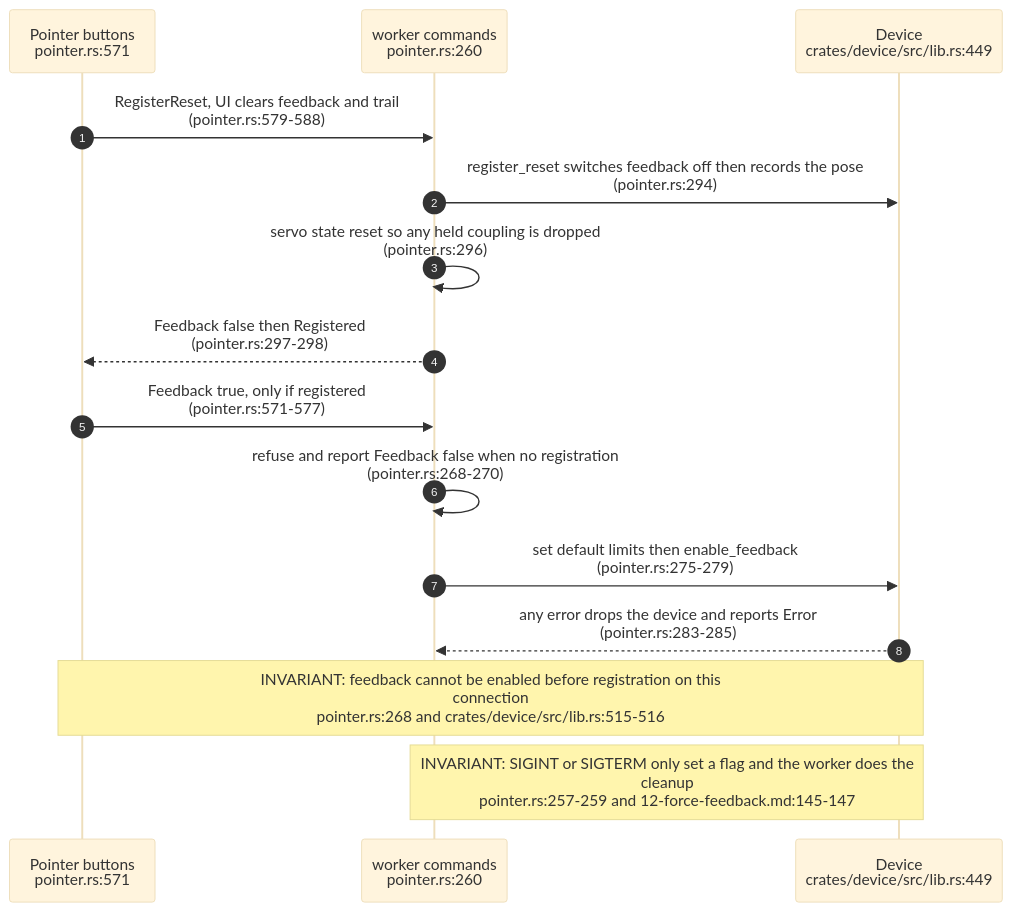
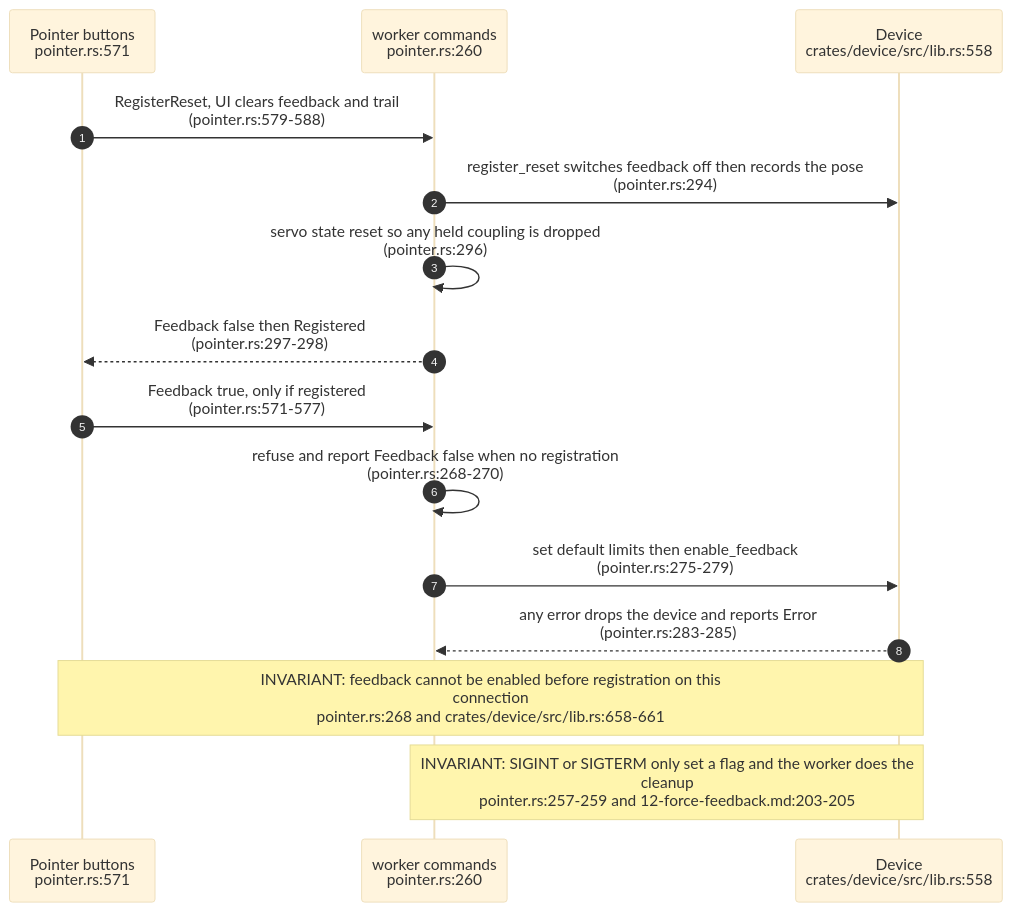
Before and after one commit to DreamLab-AI/VisionFlow: the fifth of 5 diagrams in docs/diagrams/visiontouch-rs/04-mass-lab-servo-rate-coupling.md, drawn with Mermaid (base theme). The commit also changed other lines of this file and 36 other files, not shown here.

First line of the commit message:
docs(diagrams): re-derive and re-stamp agentbox, dream-engine, visioncraft, visiontouch and vowl topics; drop LAN addresses

````diff
--- a/docs/diagrams/visiontouch-rs/04-mass-lab-servo-rate-coupling.md
+++ b/docs/diagrams/visiontouch-rs/04-mass-lab-servo-rate-coupling.md
@@ -144,17 +144,17 @@
 ```mermaid
 sequenceDiagram
     autonumber
     participant UI as Pointer buttons<br/>pointer.rs:571
     participant WK as worker commands<br/>pointer.rs:260
-    participant DV as Device<br/>crates/device/src/lib.rs:449
+    participant DV as Device<br/>crates/device/src/lib.rs:558
     UI->>WK: RegisterReset, UI clears feedback and trail<br/>(pointer.rs:579-588)
     WK->>DV: register_reset switches feedback off then records the pose<br/>(pointer.rs:294)
     WK->>WK: servo state reset so any held coupling is dropped<br/>(pointer.rs:296)
     WK-->>UI: Feedback false then Registered<br/>(pointer.rs:297-298)
     UI->>WK: Feedback true, only if registered<br/>(pointer.rs:571-577)
     WK->>WK: refuse and report Feedback false when no registration<br/>(pointer.rs:268-270)
     WK->>DV: set default limits then enable_feedback<br/>(pointer.rs:275-279)
     DV-->>WK: any error drops the device and reports Error<br/>(pointer.rs:283-285)
-    Note over UI,DV: INVARIANT: feedback cannot be enabled before registration on this<br/>connection<br/>pointer.rs:268 and crates/device/src/lib.rs:515-516
-    Note over WK,DV: INVARIANT: SIGINT or SIGTERM only set a flag and the worker does the<br/>cleanup<br/>pointer.rs:257-259 and 12-force-feedback.md:145-147
+    Note over UI,DV: INVARIANT: feedback cannot be enabled before registration on this<br/>connection<br/>pointer.rs:268 and crates/device/src/lib.rs:658-661
+    Note over WK,DV: INVARIANT: SIGINT or SIGTERM only set a flag and the worker does the<br/>cleanup<br/>pointer.rs:257-259 and 12-force-feedback.md:203-205
 ```
````
